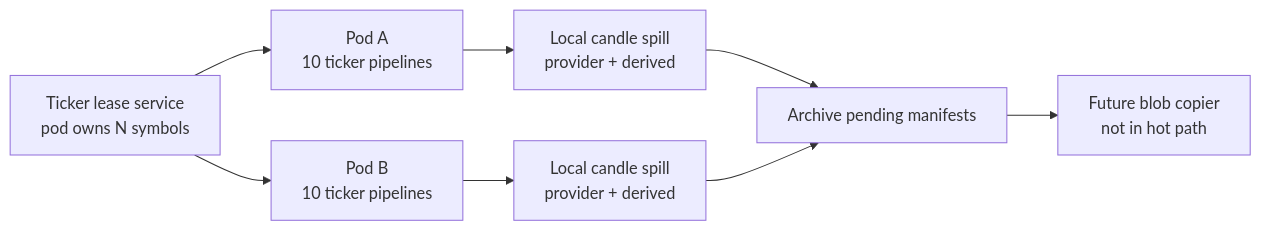
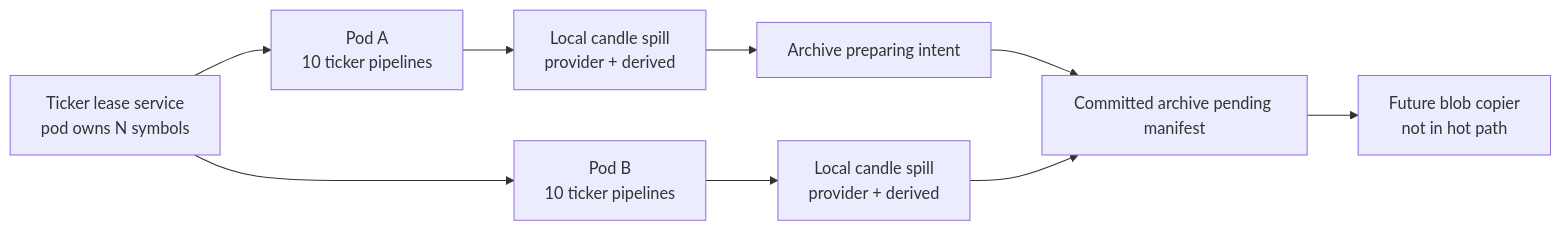
One commit to manishgh/trading_flow changed the fifth of 6 diagrams in docs/candle-news-pipeline-audit.md. Above: the diagram before and after it, drawn with Mermaid. The commit also changed other lines of this file and 73 other files, not shown here.

````diff
--- a/docs/candle-news-pipeline-audit.md
+++ b/docs/candle-news-pipeline-audit.md
@@ -197,10 +200,11 @@
 ```mermaid
 flowchart LR
     LEASE["Ticker lease service\npod owns N symbols"] --> PODA["Pod A\n10 ticker pipelines"]
     LEASE --> PODB["Pod B\n10 ticker pipelines"]
     PODA --> STOREA["Local candle spill\nprovider + derived"]
     PODB --> STOREB["Local candle spill\nprovider + derived"]
-    STOREA --> MANIFEST["Archive pending manifests"]
+    STOREA --> INTENT["Archive preparing intent"]
+    INTENT --> MANIFEST["Committed archive pending manifest"]
     STOREB --> MANIFEST
     MANIFEST --> BLOB["Future blob copier\nnot in hot path"]
 ```
````
